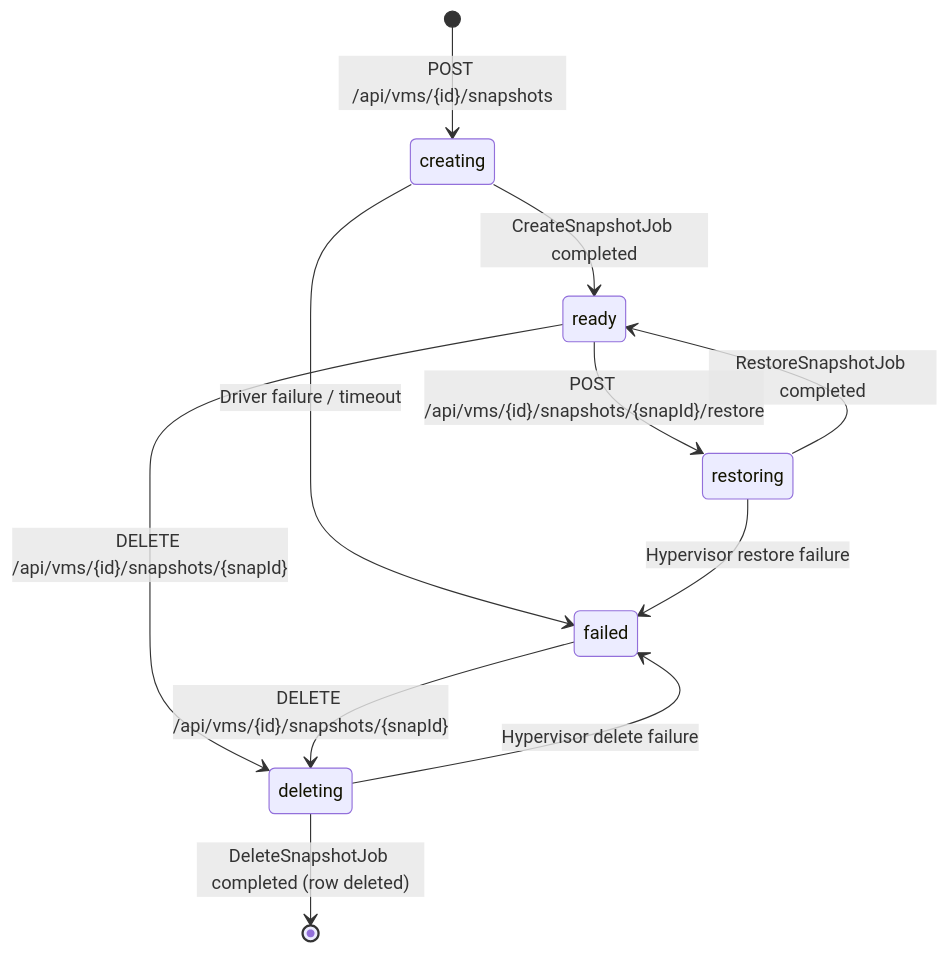
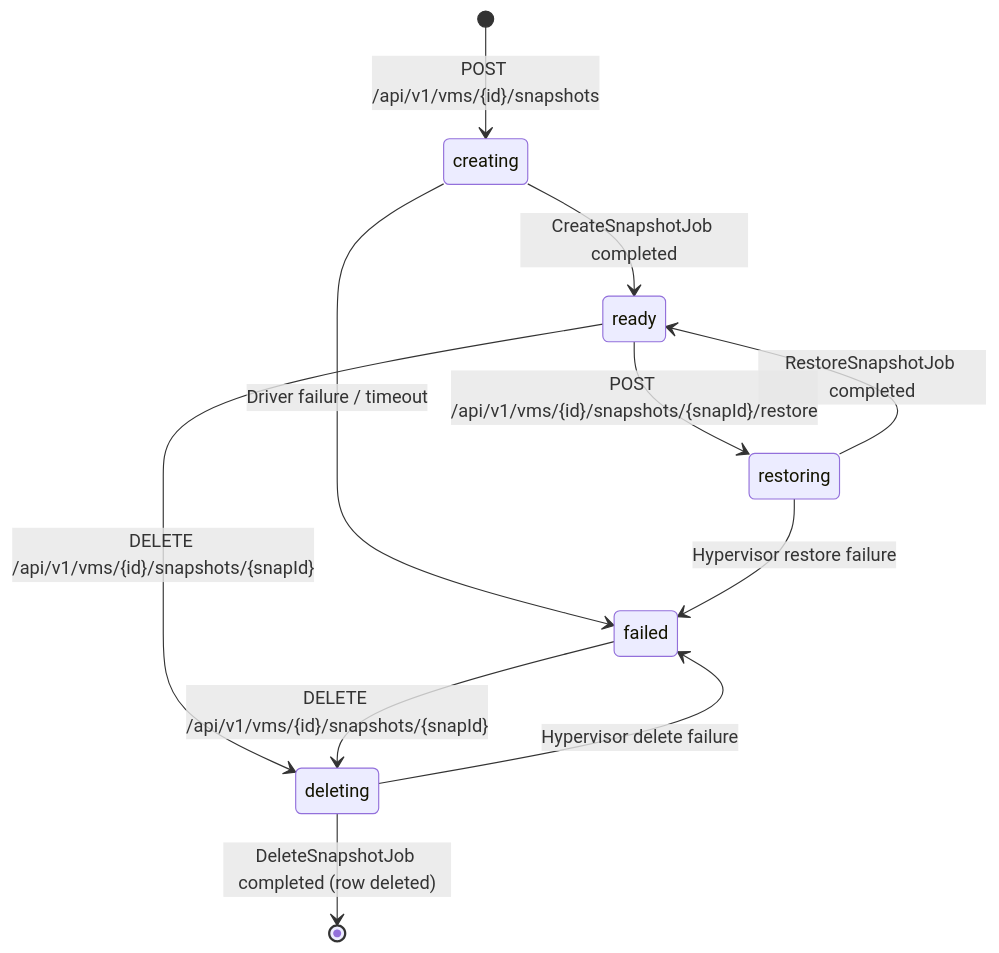
One commit to schmasterz/ognivo changed the diagram in docs/features/snapshots.md. Above: the diagram before and after it, drawn with Mermaid. The commit also changed other lines of this file and 8 other files, not shown here.

````diff
--- a/docs/features/snapshots.md
+++ b/docs/features/snapshots.md
@@ -20,16 +20,16 @@
 ```mermaid
 stateDiagram-v2
-    [*] --> creating: POST /api/vms/{id}/snapshots
+    [*] --> creating: POST /api/v1/vms/{id}/snapshots
     creating --> ready: CreateSnapshotJob completed
     creating --> failed: Driver failure / timeout
 
-    ready --> restoring: POST /api/vms/{id}/snapshots/{snapId}/restore
+    ready --> restoring: POST /api/v1/vms/{id}/snapshots/{snapId}/restore
     restoring --> ready: RestoreSnapshotJob completed
     restoring --> failed: Hypervisor restore failure
 
-    ready --> deleting: DELETE /api/vms/{id}/snapshots/{snapId}
+    ready --> deleting: DELETE /api/v1/vms/{id}/snapshots/{snapId}
     deleting --> [*]: DeleteSnapshotJob completed (row deleted)
     deleting --> failed: Hypervisor delete failure
 
-    failed --> deleting: DELETE /api/vms/{id}/snapshots/{snapId}
+    failed --> deleting: DELETE /api/v1/vms/{id}/snapshots/{snapId}
 ```
````
